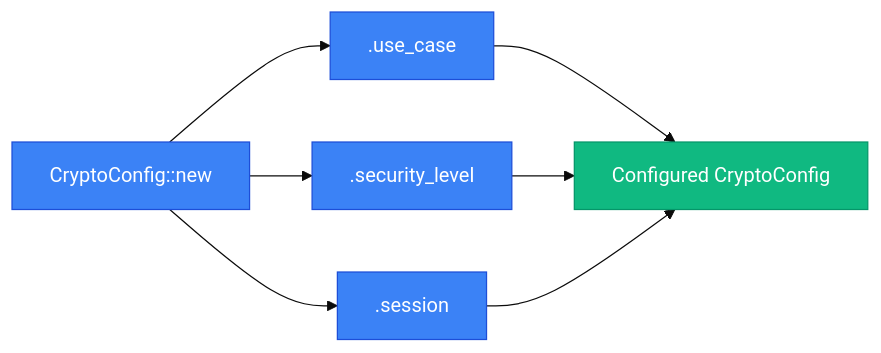
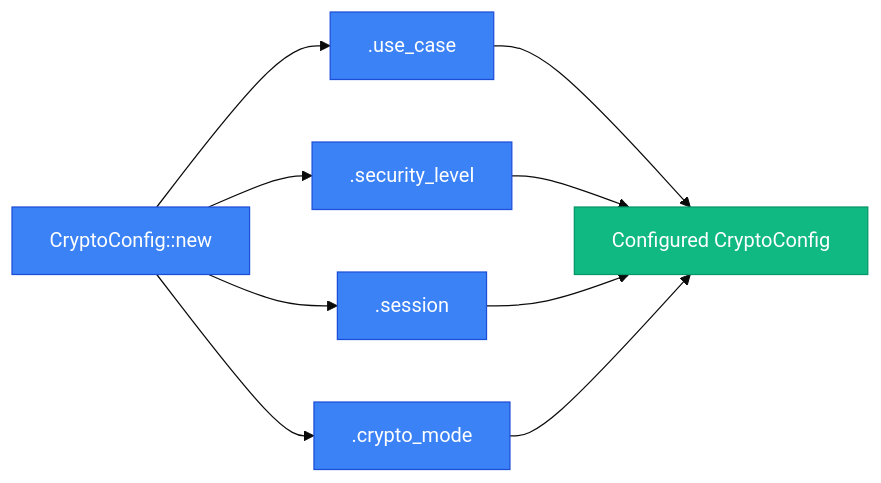
The second of 2 diagrams in docs/API_DOCUMENTATION.md (LatticeArc/latticearc), drawn with Mermaid (base theme) before and after one commit. The commit also changed other lines of this file and 73 other files, not shown here.

First line of the commit message:
feat(crypto): v0.6.0 — CryptoMode axis, PQ-only encryption, SecurityLevel::Quantum deprecation

````diff
--- a/docs/API_DOCUMENTATION.md
+++ b/docs/API_DOCUMENTATION.md
@@ -182,15 +192,17 @@
 ```mermaid
 flowchart LR
     NEW[CryptoConfig::new] --> UC[.use_case]
     NEW --> SL[.security_level]
     NEW --> SS[.session]
+    NEW --> CM[.crypto_mode]
     UC --> CFG[Configured CryptoConfig]
     SL --> CFG
     SS --> CFG
+    CM --> CFG
 
     classDef builder fill:#3b82f6,stroke:#1d4ed8,color:#fff
     classDef result fill:#10b981,stroke:#059669,color:#fff
 
-    class NEW,UC,SL,SS builder
+    class NEW,UC,SL,SS,CM builder
     class CFG result
 ```
````
